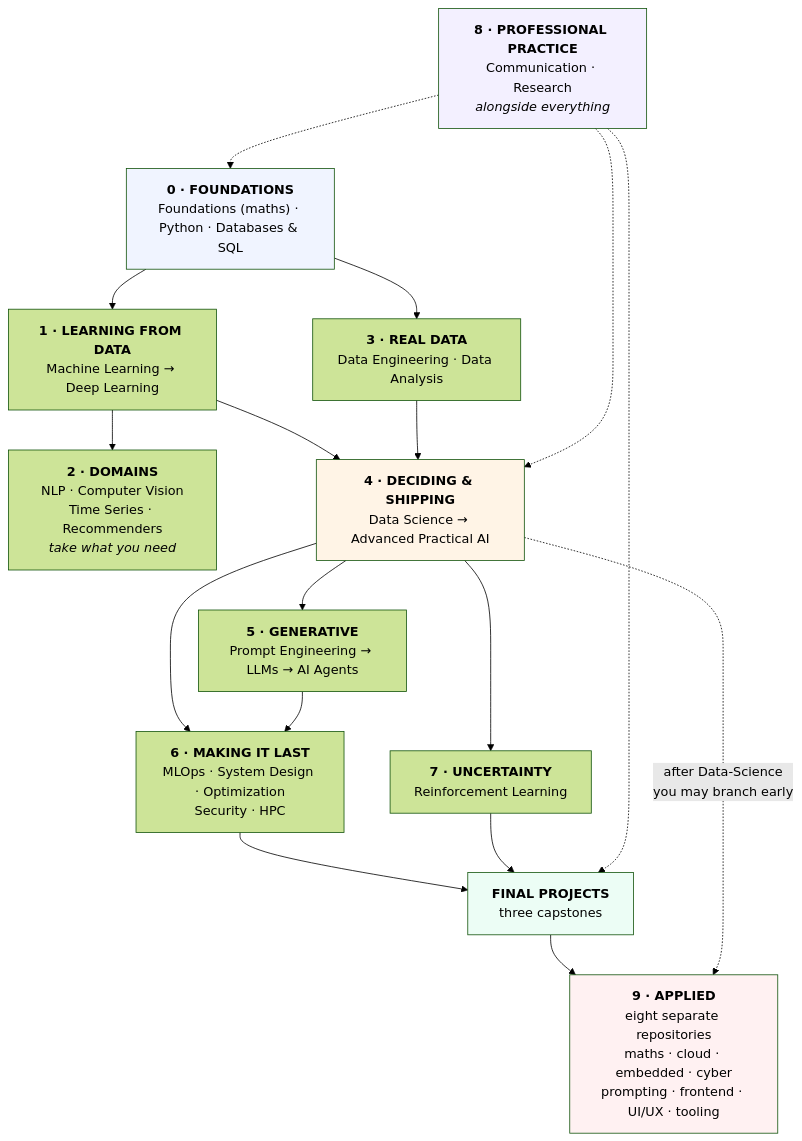
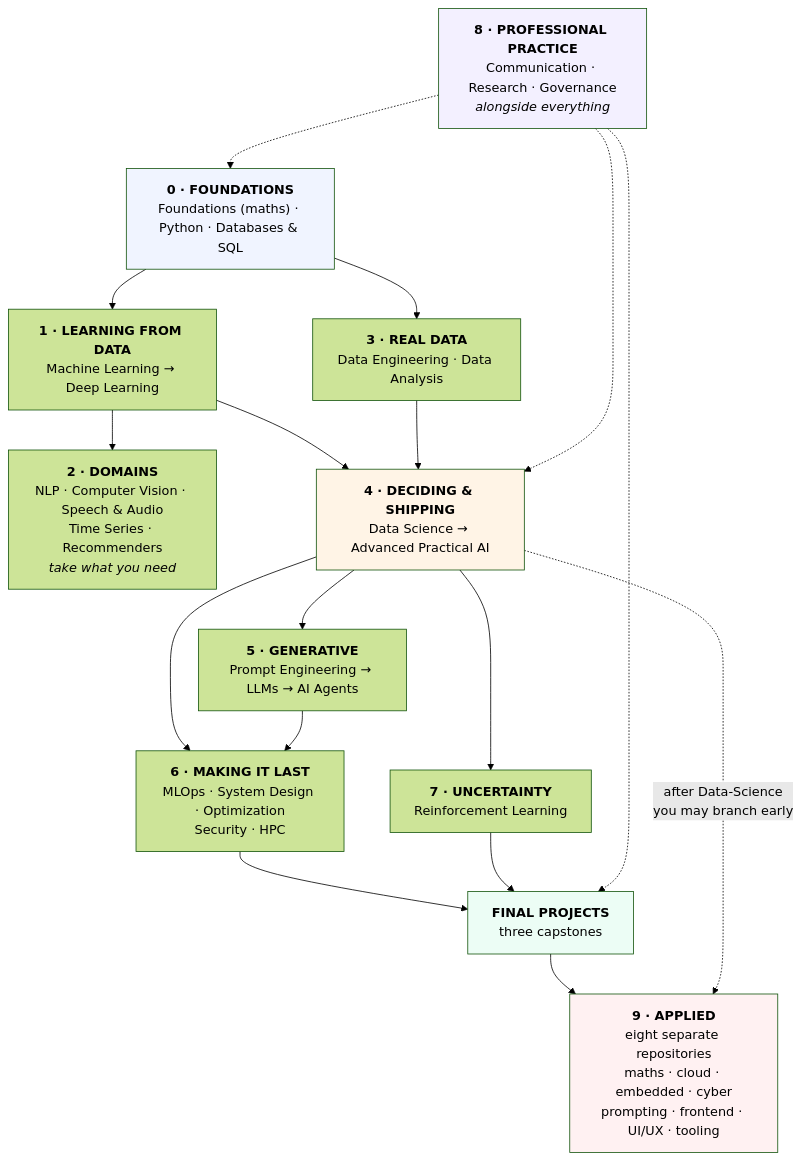
Before and after one commit to Tayel-Ai-Labs-Courses/Advanced-AI: the diagram in CURRICULUM.md, drawn with Mermaid (forest theme). The commit also changed other lines of this file and 44 other files, not shown here.

First line of the commit message:
Add Speech-and-Audio and AI-Governance: the last two audited gaps

````diff
--- a/CURRICULUM.md
+++ b/CURRICULUM.md
@@ -19,24 +19,24 @@
 ```mermaid
 flowchart TD
     B0["<b>0 · FOUNDATIONS</b><br/>Foundations (maths) · Python · Databases &amp; SQL"] --> B1["<b>1 · LEARNING FROM DATA</b><br/>Machine Learning → Deep Learning"]
-    B1 --> B2["<b>2 · DOMAINS</b><br/>NLP · Computer Vision<br/>Time Series · Recommenders<br/><i>take what you need</i>"]
+    B1 --> B2["<b>2 · DOMAINS</b><br/>NLP · Computer Vision · Speech &amp; Audio<br/>Time Series · Recommenders<br/><i>take what you need</i>"]
     B0 --> B3["<b>3 · REAL DATA</b><br/>Data Engineering · Data Analysis"]
     B1 --> B4["<b>4 · DECIDING &amp; SHIPPING</b><br/>Data Science → Advanced Practical AI"]
     B3 --> B4
     B4 --> B5["<b>5 · GENERATIVE</b><br/>Prompt Engineering → LLMs → AI Agents"]
     B4 --> B6["<b>6 · MAKING IT LAST</b><br/>MLOps · System Design · Optimization<br/>Security · HPC"]
     B5 --> B6
     B4 --> B7["<b>7 · UNCERTAINTY</b><br/>Reinforcement Learning"]
     B6 --> CAP["<b>FINAL PROJECTS</b><br/>three capstones"]
     B7 --> CAP
-    B8["<b>8 · PROFESSIONAL PRACTICE</b><br/>Communication · Research<br/><i>alongside everything</i>"] -.-> B0
+    B8["<b>8 · PROFESSIONAL PRACTICE</b><br/>Communication · Research · Governance<br/><i>alongside everything</i>"] -.-> B0
     B8 -.-> B4
     B8 -.-> CAP
     CAP --> SP["<b>9 · APPLIED</b><br/>eight separate repositories<br/>maths · cloud · embedded · cyber<br/>prompting · frontend · UI/UX · tooling"]
     B4 -.->|"after Data-Science<br/>you may branch early"| SP
     style B0 fill:#f0f4ff
     style B4 fill:#fff4e6
     style B8 fill:#f3f0ff
     style CAP fill:#ecfdf5
     style SP fill:#fff1f2
 ```
````
